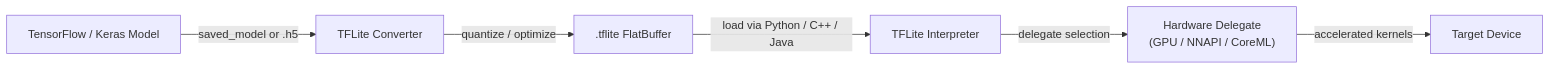
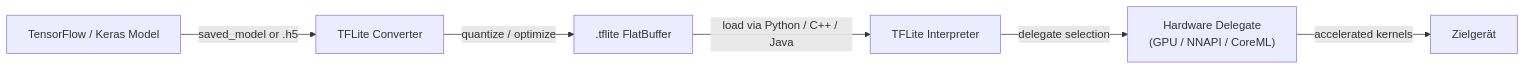
Before and after one commit to EmersonBraun/ai-summary-hub: the diagram in i18n/de/docusaurus-plugin-content-docs/current/edge-ai/tflite.md, drawn with Mermaid. The commit also changed other lines of this file and 178 other files, not shown here.

````diff
--- a/i18n/de/docusaurus-plugin-content-docs/current/edge-ai/tflite.md
+++ b/i18n/de/docusaurus-plugin-content-docs/current/edge-ai/tflite.md
@@ -19,8 +21,8 @@
 ```mermaid
 flowchart LR
   TF["TensorFlow / Keras Model"] -->|"saved_model or .h5"| Converter["TFLite Converter"]
   Converter -->|"quantize / optimize"| FlatBuffer[".tflite FlatBuffer"]
   FlatBuffer -->|"load via Python / C++ / Java"| Interpreter["TFLite Interpreter"]
   Interpreter -->|"delegate selection"| Delegate["Hardware Delegate\n(GPU / NNAPI / CoreML)"]
-  Delegate -->|"accelerated kernels"| Device["Target Device"]
+  Delegate -->|"accelerated kernels"| Device["Zielgerät"]
 ```
````
